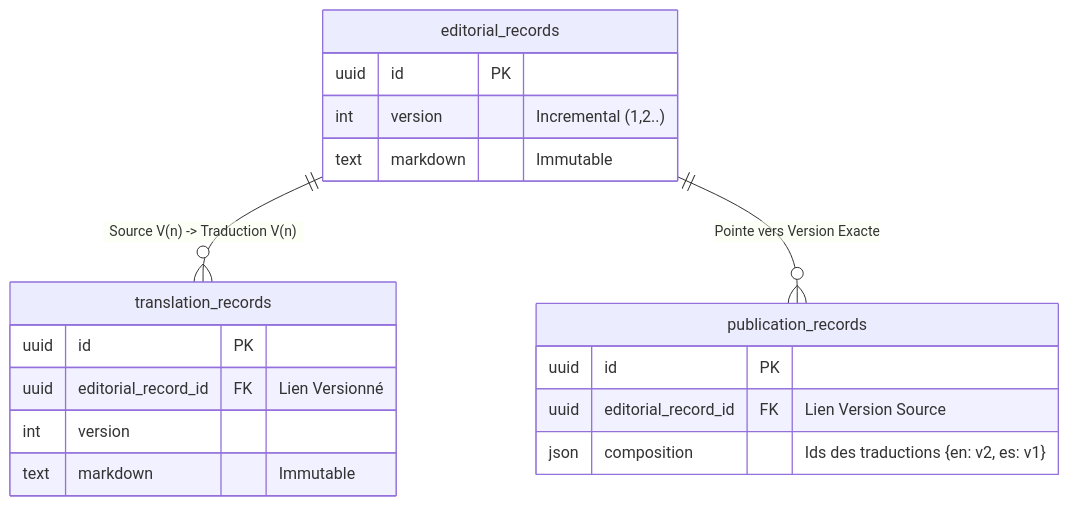
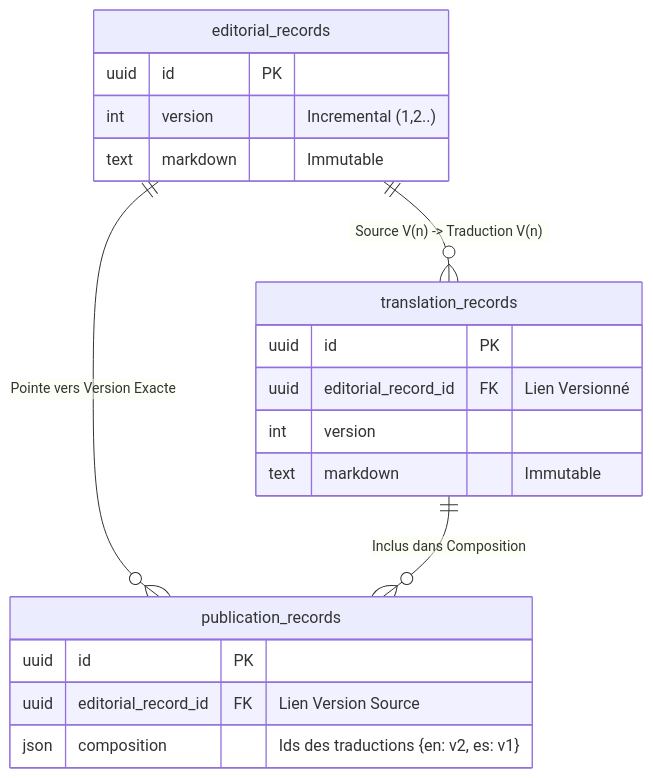
The third of 3 diagrams in documentation/architecture/translation-database-decision.md (refugies-info/playground), drawn with Mermaid before and after one commit.

Commit message:
docs: add translation_records to publication_records relationship in ER diagram.

````diff
--- a/documentation/architecture/translation-database-decision.md
+++ b/documentation/architecture/translation-database-decision.md
@@ -129,24 +129,25 @@
 ```mermaid
 erDiagram
     editorial_records ||--o{ translation_records : "Source V(n) -> Traduction V(n)"
     editorial_records ||--o{ publication_records : "Pointe vers Version Exacte"
+    translation_records ||--o{ publication_records : "Inclus dans Composition"
     
     editorial_records {
         uuid id PK
         int version "Incremental (1,2..)"
         text markdown "Immutable"
     }
     
     translation_records {
         uuid id PK
         uuid editorial_record_id FK "Lien Versionné"
         int version
         text markdown "Immutable"
     }
 
     publication_records {
         uuid id PK
         uuid editorial_record_id FK "Lien Version Source"
         json composition "Ids des traductions {en: v2, es: v1}"
     }
 ```
````
